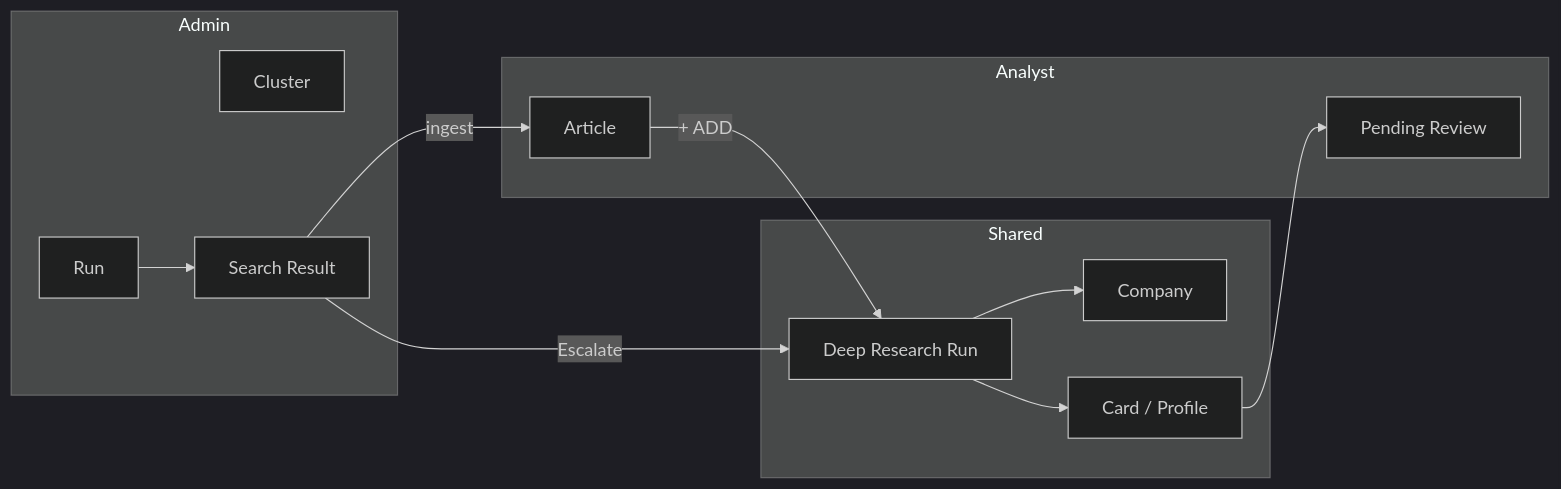
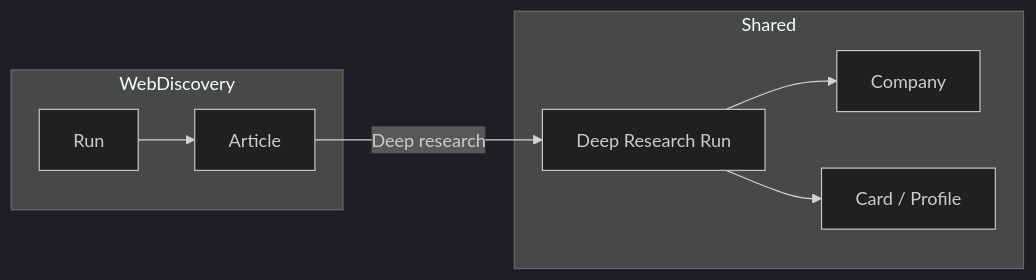
The fifth of 6 diagrams in docs/phase-1/P1-03.md (Growth-Maschine/NORAD-INTEL-ENGINE-V1), drawn with Mermaid (dark theme) before and after one commit. The commit also changed other lines of this file and 12 other files, not shown here.

Commit message:
docs(phase-1): align P1-00 through P1-06 with current single-app build Update workflows, objects, fields, screens, and backend actions to match Web Discovery enrich, Deep research, and retired Today page features.

````diff
--- a/docs/phase-1/P1-03.md
+++ b/docs/phase-1/P1-03.md
@@ -409,25 +303,17 @@
 ```mermaid
 flowchart LR
-    subgraph Admin
-        CL[Cluster]
-        SR[Search Result]
+    subgraph WebDiscovery
         RUN[Run]
+        ART[Article]
     end
     subgraph Shared
         DRR[Deep Research Run]
         CO[Company]
         CARD[Card / Profile]
     end
-    subgraph Analyst
-        ART[Article]
-        PR[Pending Review]
-    end
 
-    RUN --> SR
-    SR -->|ingest| ART
-    SR -->|Escalate| DRR
-    ART -->|+ ADD| DRR
+    RUN --> ART
+    ART -->|Deep research| DRR
     DRR --> CO
     DRR --> CARD
-    CARD --> PR
 ```
````
